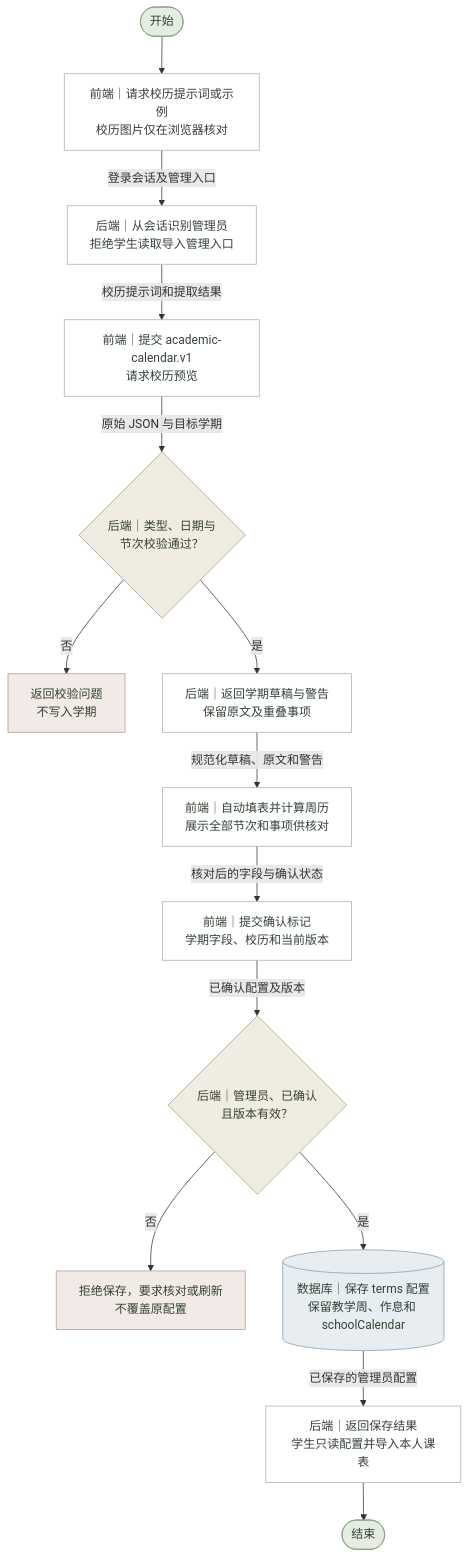
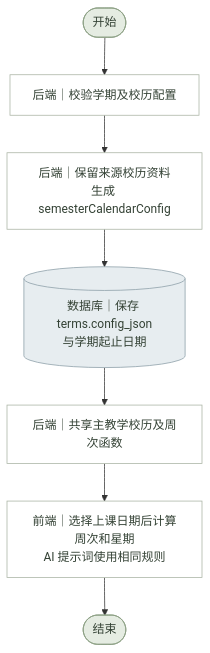
The diagram in 需求文档/课表功能/流程图源文件/系统流程图/管理员校历导入与核对.mmd (lichen-lc123/class-assistant), drawn with Mermaid before and after one commit. The commit also changed 157 other files, not shown here.

```diff
--- a/需求文档/课表功能/流程图源文件/系统流程图/管理员校历导入与核对.mmd
+++ b/需求文档/课表功能/流程图源文件/系统流程图/管理员校历导入与核对.mmd
@@ -1,48 +1,27 @@
-%% 管理员校历导入与核对 · 系统流程图 · V1.0 · 2026-11-02
+%% 管理员校历导入与核对 · 系统流程图 · 当前版 · 2026-11-09
 flowchart TD
     N0(["开始"])
-    N1["前端｜请求校历提示词或示例<br/>校历图片仅在浏览器核对"]
-    N2["后端｜从会话识别管理员<br/>拒绝学生读取导入管理入口"]
-    N3["前端｜提交 academic-calendar.v1<br/>请求校历预览"]
-    N4{"后端｜类型、日期与<br/>节次校验通过？"}
-    B4["返回校验问题<br/>不写入学期"]
-    N5["后端｜返回学期草稿与警告<br/>保留原文及重叠事项"]
-    N6["前端｜自动填表并计算周历<br/>展示全部节次和事项供核对"]
-    N7["前端｜提交确认标记<br/>学期字段、校历和当前版本"]
-    N8{"后端｜管理员、已确认<br/>且版本有效？"}
-    B8["拒绝保存，要求核对或刷新<br/>不覆盖原配置"]
-    N9[("数据库｜保存 terms 配置<br/>保留教学周、作息和 schoolCalendar")]
-    N10["后端｜返回保存结果<br/>学生只读配置并导入本人课表"]
-    N11(["结束"])
+    N1["后端｜校验学期及校历配置"]
+    N2["后端｜保留来源校历资料<br/>生成 semesterCalendarConfig"]
+    N3[("数据库｜保存 terms.config_json<br/>与学期起止日期")]
+    N4["后端｜共享主教学校历及周次函数"]
+    N5["前端｜选择上课日期后计算周次和星期<br/>AI 提示词使用相同规则"]
+    N6(["结束"])
     N0 --> N1
-    N1 -->|登录会话及管理入口| N2
-    N2 -->|校历提示词和提取结果| N3
-    N3 -->|原始 JSON 与目标学期| N4
-    N4 -->|否| B4
-    N4 -->|是| N5
-    N5 -->|规范化草稿、原文和警告| N6
-    N6 -->|核对后的字段与确认状态| N7
-    N7 -->|已确认配置及版本| N8
-    N8 -->|否| B8
-    N8 -->|是| N9
-    N9 -->|已保存的管理员配置| N10
-    N10 --> N11
+    N1 --> N2
+    N2 --> N3
+    N3 --> N4
+    N4 --> N5
+    N5 --> N6
     classDef normal fill:#FFFFFF,stroke:#A8B2A2,color:#344235;
     classDef decision fill:#F0ECE2,stroke:#A69B83,color:#344235;
     classDef terminal fill:#E5ECE2,stroke:#8A9D82,color:#344235;
     classDef exception fill:#F2EAE6,stroke:#B09B91,color:#344235;
     classDef database fill:#E7EDF0,stroke:#8A9CA6,color:#344235;
     class N0 terminal;
     class N1 normal;
     class N2 normal;
-    class N3 normal;
-    class N4 decision;
-    class B4 exception;
+    class N3 database;
+    class N4 normal;
     class N5 normal;
-    class N6 normal;
-    class N7 normal;
-    class N8 decision;
-    class B8 exception;
-    class N9 database;
-    class N10 normal;
-    class N11 terminal;
+    class N6 terminal;
```
